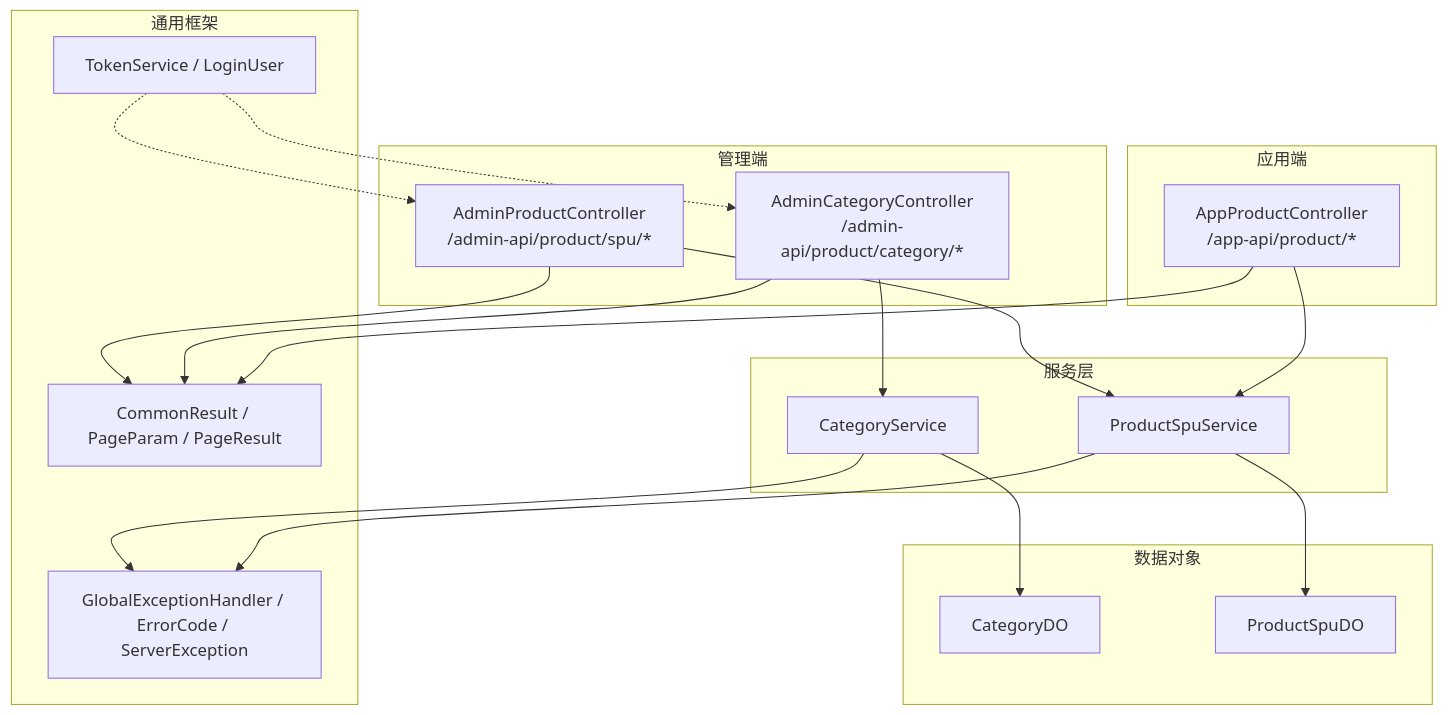
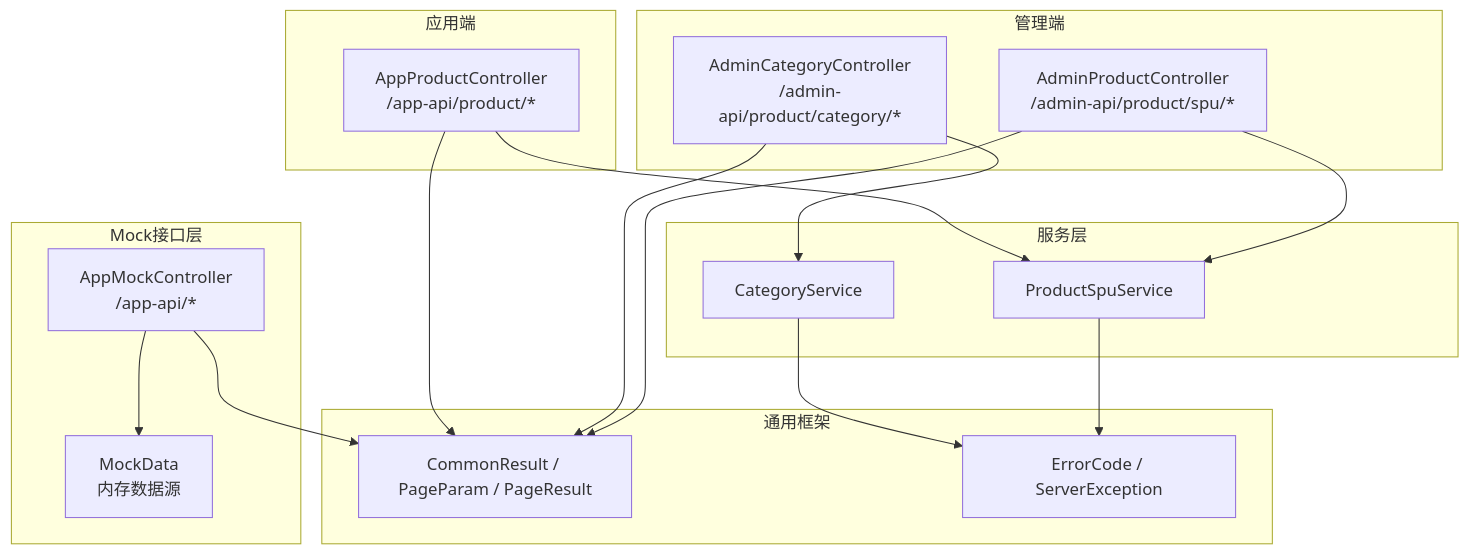
One commit to QtImM/wechatMiniprogram_Store changed the first of 3 diagrams in .qoder/repowiki/zh/content/API接口文档/API接口文档.md. Above: the diagram before and after it, drawn with Mermaid. The commit also changed other lines of this file and 109 other files, not shown here.

````diff
--- a/.qoder/repowiki/zh/content/API接口文档/API接口文档.md
+++ b/.qoder/repowiki/zh/content/API接口文档/API接口文档.md
@@ -40,35 +44,32 @@
 ```mermaid
 graph TB
+subgraph "Mock接口层"
+MOCK["AppMockController<br/>/app-api/*"]
+ENDATA["MockData<br/>内存数据源"]
+end
 subgraph "应用端"
 APP_API["AppProductController<br/>/app-api/product/*"]
 end
 subgraph "管理端"
 ADMIN_CAT["AdminCategoryController<br/>/admin-api/product/category/*"]
 ADMIN_SPU["AdminProductController<br/>/admin-api/product/spu/*"]
 end
 subgraph "服务层"
 SVC_CAT["CategoryService"]
 SVC_SPU["ProductSpuService"]
 end
-subgraph "数据对象"
-DO_CAT["CategoryDO"]
-DO_SPU["ProductSpuDO"]
-end
 subgraph "通用框架"
 COMMON["CommonResult / PageParam / PageResult"]
-EX["GlobalExceptionHandler / ErrorCode / ServerException"]
-SEC["TokenService / LoginUser"]
+EX["ErrorCode / ServerException"]
 end
+MOCK --> ENDATA
 APP_API --> SVC_SPU
 ADMIN_CAT --> SVC_CAT
 ADMIN_SPU --> SVC_SPU
-SVC_CAT --> DO_CAT
-SVC_SPU --> DO_SPU
+SVC_CAT --> EX
+SVC_SPU --> EX
 APP_API --> COMMON
 ADMIN_CAT --> COMMON
 ADMIN_SPU --> COMMON
-SVC_SPU --> EX
-SVC_CAT --> EX
-SEC -.-> ADMIN_CAT
-SEC -.-> ADMIN_SPU
+MOCK --> COMMON
 ```
````
